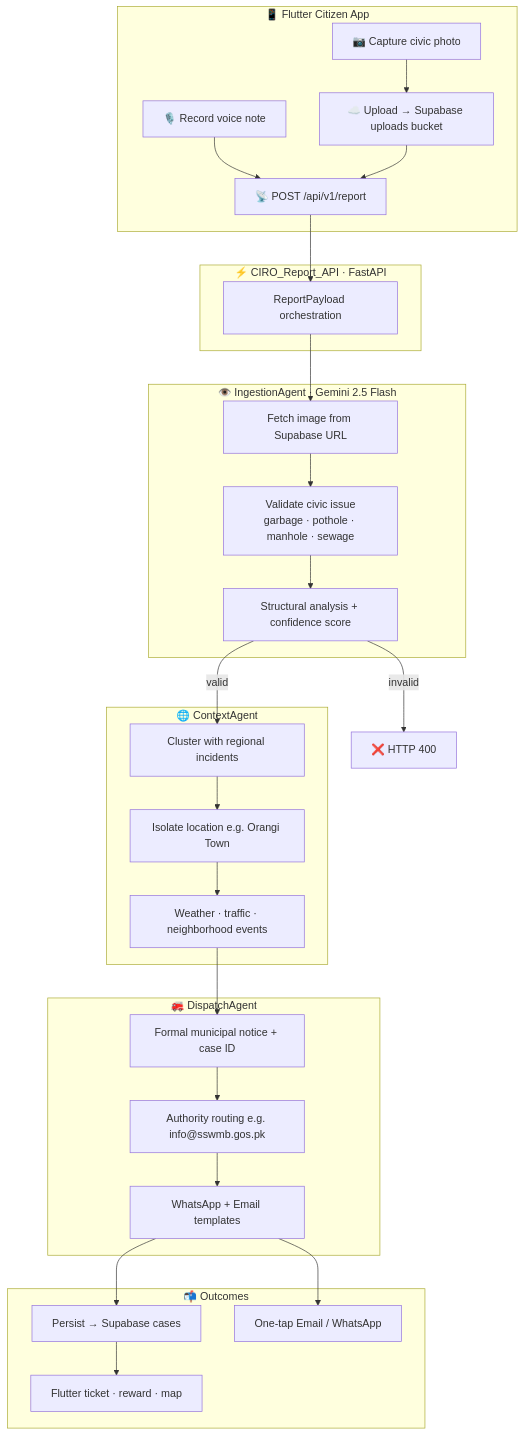
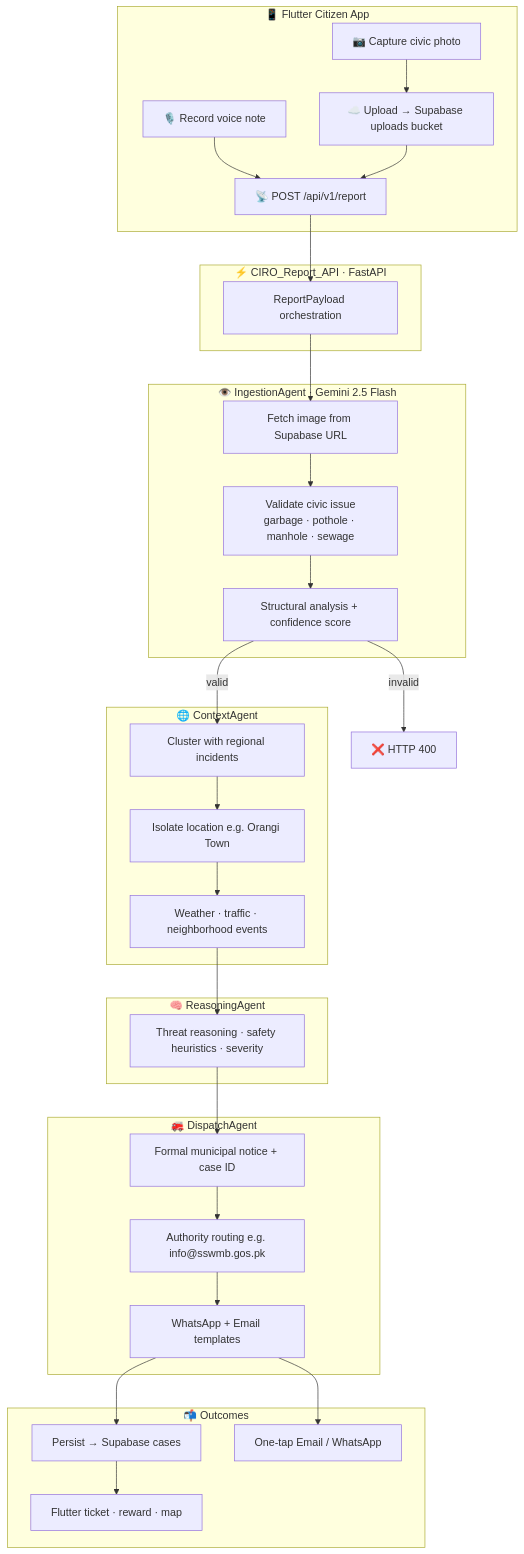
One commit to usamashami11/SnapCity changed the diagram in README.md. Above: the diagram before and after it, drawn with Mermaid. The commit also changed other lines of this file, not shown here.

````diff
--- a/README.md
+++ b/README.md
@@ -103,50 +104,54 @@
 ```mermaid
 flowchart TB
     subgraph Citizen["📱 Flutter Citizen App"]
         A1["📷 Capture civic photo"]
         A2["🎙️ Record voice note"]
         A3["☁️ Upload → Supabase uploads bucket"]
         A4["📡 POST /api/v1/report"]
         A1 --> A3
         A2 --> A4
         A3 --> A4
     end
 
     subgraph API["⚡ CIRO_Report_API · FastAPI"]
         B["ReportPayload orchestration"]
     end
 
     subgraph Ingestion["👁️ IngestionAgent · Gemini 2.5 Flash"]
         C1["Fetch image from Supabase URL"]
         C2["Validate civic issue<br/>garbage · pothole · manhole · sewage"]
         C3["Structural analysis + confidence score"]
         C1 --> C2 --> C3
     end
 
     subgraph Context["🌐 ContextAgent"]
         D1["Cluster with regional incidents"]
         D2["Isolate location e.g. Orangi Town"]
         D3["Weather · traffic · neighborhood events"]
         D1 --> D2 --> D3
     end
 
+    subgraph Reasoning["🧠 ReasoningAgent"]
+        R1["Threat reasoning · safety heuristics · severity"]
+    end
+
     subgraph Dispatch["🚒 DispatchAgent"]
         G1["Formal municipal notice + case ID"]
         G2["Authority routing e.g. info@sswmb.gos.pk"]
         G3["WhatsApp + Email templates"]
         G1 --> G2 --> G3
     end
 
     subgraph Output["📬 Outcomes"]
         H1["Persist → Supabase cases"]
         H2["Flutter ticket · reward · map"]
         H3["One-tap Email / WhatsApp"]
     end
 
     A4 --> B --> C1
     C3 -->|invalid| X["❌ HTTP 400"]
     C3 -->|valid| D1
-    D3 --> G1
+    D3 --> R1 --> G1
     G3 --> H1 --> H2
     G3 --> H3
 ```
````
